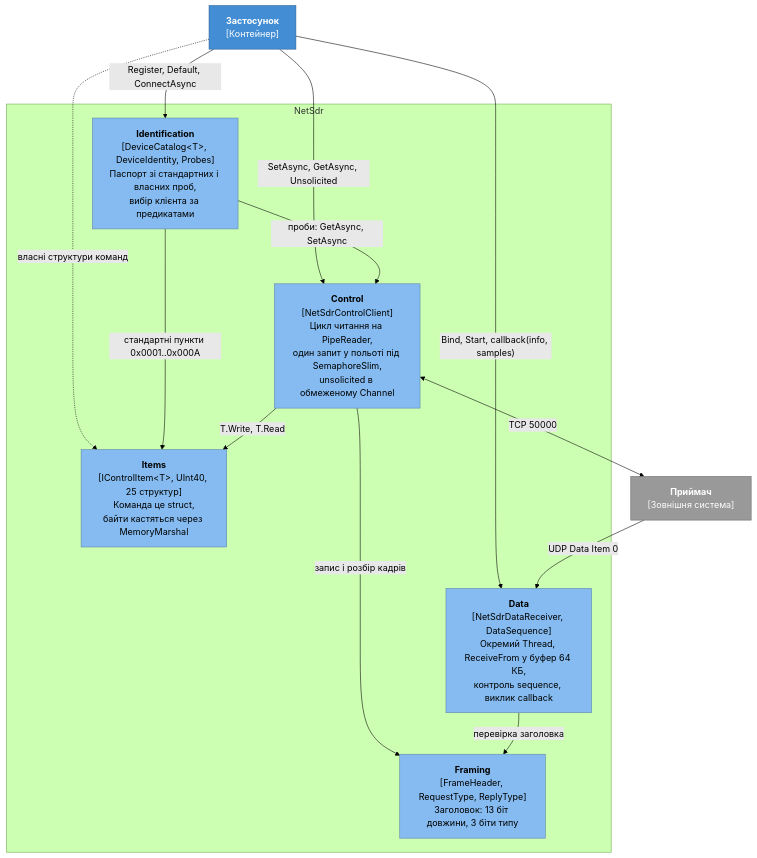
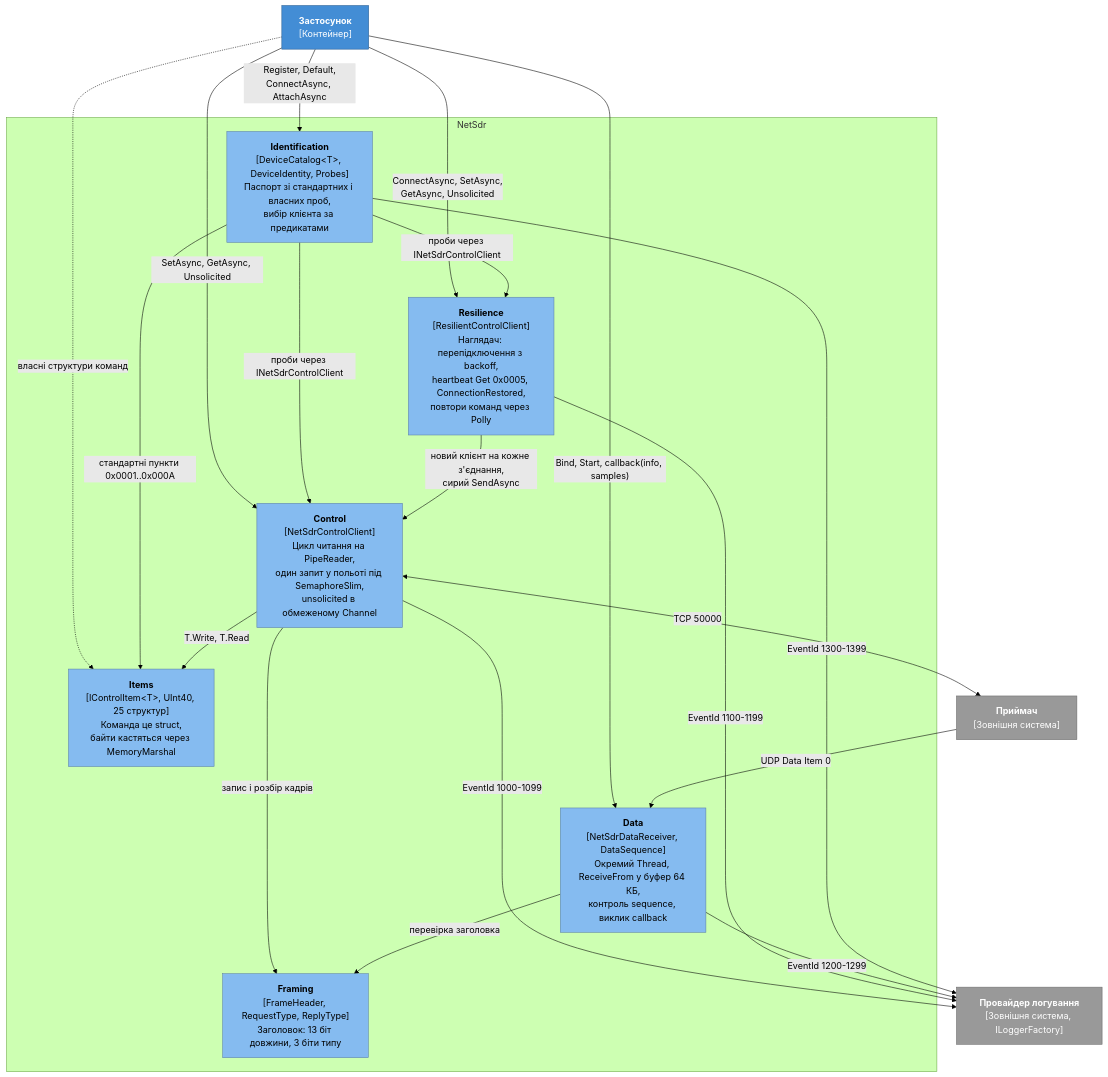
The third of 7 diagrams in docs/architecture.md (vadimart92/NetSdrClient), drawn with Mermaid (forest theme) before and after one commit. The commit also changed other lines of this file and 4 other files, not shown here.

````diff
--- a/docs/architecture.md
+++ b/docs/architecture.md
@@ -106,32 +119,41 @@
 ```mermaid
 flowchart TB
     app["<b>Застосунок</b><br/>[Контейнер]"]
     rx["<b>Приймач</b><br/>[Зовнішня система]"]
+    logs["<b>Провайдер логування</b><br/>[Зовнішня система, ILoggerFactory]"]
 
     subgraph core["NetSdr"]
         ident["<b>Identification</b><br/>[DeviceCatalog#lt;T#gt;, DeviceIdentity, Probes]<br/>Паспорт зі стандартних і власних проб,<br/>вибір клієнта за предикатами"]
+        resil["<b>Resilience</b><br/>[ResilientControlClient]<br/>Наглядач: перепідключення з backoff,<br/>heartbeat Get 0x0005, ConnectionRestored,<br/>повтори команд через Polly"]
         control["<b>Control</b><br/>[NetSdrControlClient]<br/>Цикл читання на PipeReader,<br/>один запит у польоті під SemaphoreSlim,<br/>unsolicited в обмеженому Channel"]
         data["<b>Data</b><br/>[NetSdrDataReceiver, DataSequence]<br/>Окремий Thread, ReceiveFrom у буфер 64 КБ,<br/>контроль sequence, виклик callback"]
         items["<b>Items</b><br/>[IControlItem#lt;T#gt;, UInt40, 25 структур]<br/>Команда це struct,<br/>байти кастяться через MemoryMarshal"]
         framing["<b>Framing</b><br/>[FrameHeader, RequestType, ReplyType]<br/>Заголовок: 13 біт довжини, 3 біти типу"]
     end
 
-    app -->|"Register, Default, ConnectAsync"| ident
+    app -->|"Register, Default,<br/>ConnectAsync, AttachAsync"| ident
+    app -->|"ConnectAsync, SetAsync,<br/>GetAsync, Unsolicited"| resil
     app -->|"SetAsync, GetAsync, Unsolicited"| control
     app -->|"Bind, Start, callback(info, samples)"| data
     app -.->|"власні структури команд"| items
-    ident -->|"проби: GetAsync, SetAsync"| control
+    ident -->|"проби через INetSdrControlClient"| control
+    ident -->|"проби через INetSdrControlClient"| resil
+    resil -->|"новий клієнт на кожне з'єднання,<br/>сирий SendAsync"| control
     ident -->|"стандартні пункти 0x0001..0x000A"| items
     control -->|"T.Write, T.Read"| items
     control -->|"запис і розбір кадрів"| framing
     data -->|"перевірка заголовка"| framing
     control <-->|"TCP 50000"| rx
     rx -->|"UDP Data Item 0"| data
+    control -->|"EventId 1000-1099"| logs
+    resil -->|"EventId 1100-1199"| logs
+    data -->|"EventId 1200-1299"| logs
+    ident -->|"EventId 1300-1399"| logs
 
     classDef component fill:#85BBF0,stroke:#5D82A8,color:#000
     classDef container fill:#438DD5,stroke:#2E6295,color:#fff
     classDef external fill:#999999,stroke:#6B6B6B,color:#fff
-    class ident,control,data,items,framing component
+    class ident,resil,control,data,items,framing component
     class app container
-    class rx external
+    class rx,logs external
 ```
````
